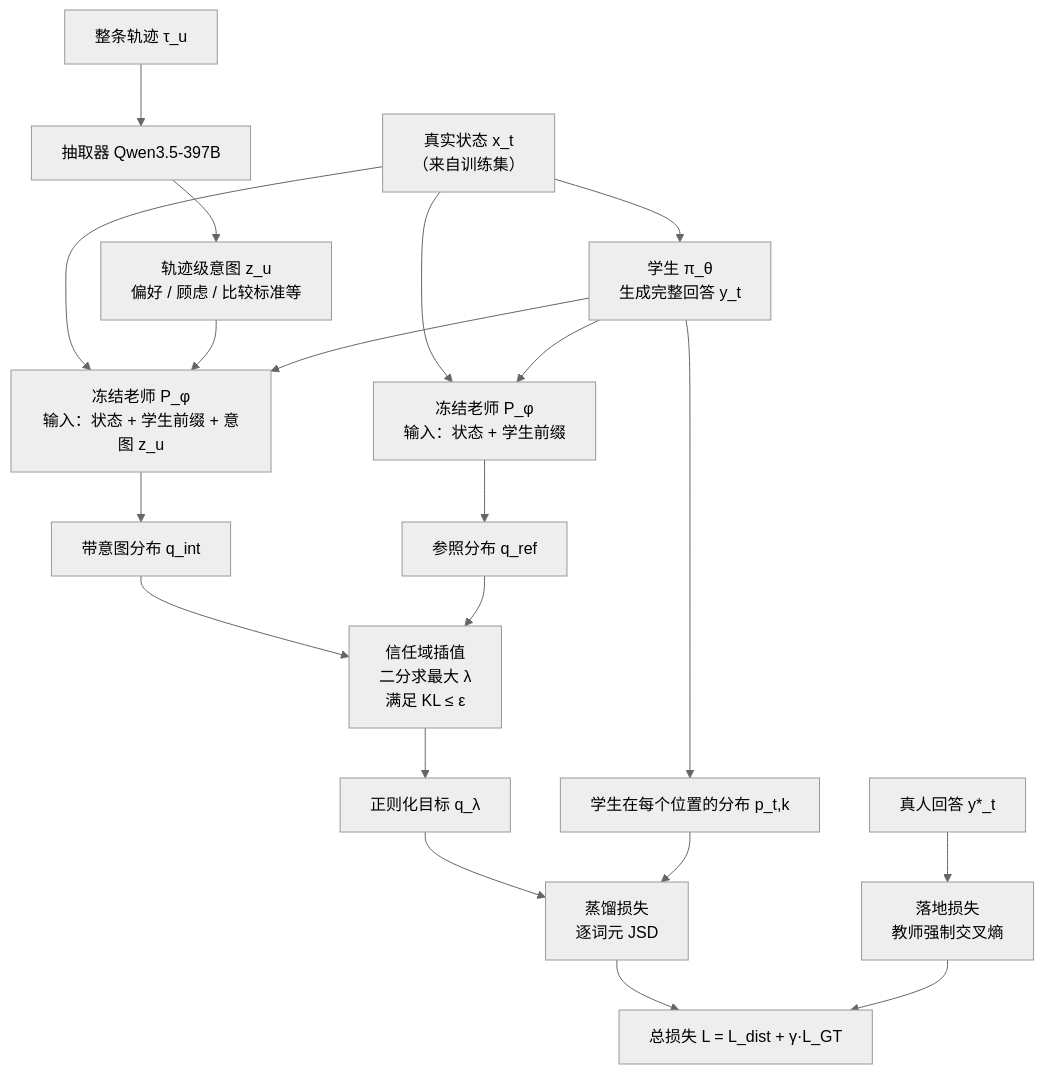
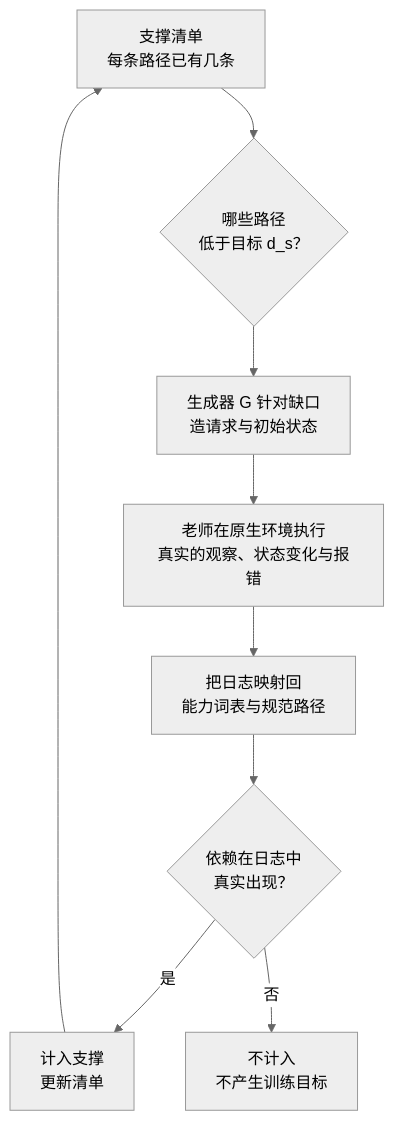
One commit to yingwang/paper-reads changed the fourth of 6 diagrams in docs/index.md. Above: the diagram before and after it, drawn with Mermaid (neutral theme). The commit also changed other lines of this file and 2 other files, not shown here.

````diff
--- a/docs/index.md
+++ b/docs/index.md
@@ -249,21 +141,11 @@
 ```mermaid
 flowchart TB
-    X["真实状态 x_t<br/>（来自训练集）"] --> S["学生 π_θ<br/>生成完整回答 y_t"]
-    S --> P["学生在每个位置的分布 p_t,k"]
-    X --> T1["冻结老师 P_φ<br/>输入：状态 + 学生前缀 + 意图 z_u"]
-    X --> T2["冻结老师 P_φ<br/>输入：状态 + 学生前缀"]
-    Z["整条轨迹 τ_u"] --> EX["抽取器 Qwen3.5-397B"] --> ZU["轨迹级意图 z_u<br/>偏好 / 顾虑 / 比较标准等"]
-    ZU --> T1
-    S --> T1
-    S --> T2
-    T1 --> QI["带意图分布 q_int"]
-    T2 --> QR["参照分布 q_ref"]
-    QI --> TR["信任域插值<br/>二分求最大 λ<br/>满足 KL ≤ ε"]
-    QR --> TR
-    TR --> QL["正则化目标 q_λ"]
-    QL --> LD["蒸馏损失<br/>逐词元 JSD"]
-    P --> LD
-    GT["真人回答 y*_t"] --> LG["落地损失<br/>教师强制交叉熵"]
-    LD --> L["总损失 L = L_dist + γ·L_GT"]
-    LG --> L
+    I["支撑清单<br/>每条路径已有几条"] --> D{"哪些路径<br/>低于目标 d_s？"}
+    D --> G["生成器 G 针对缺口<br/>造请求与初始状态"]
+    G --> T["老师在原生环境执行<br/>真实的观察、状态变化与报错"]
+    T --> M["把日志映射回<br/>能力词表与规范路径"]
+    M --> C{"依赖在日志中<br/>真实出现？"}
+    C -->|"是"| U["计入支撑<br/>更新清单"]
+    C -->|"否"| N["不计入<br/>不产生训练目标"]
+    U --> I
 ```
````
